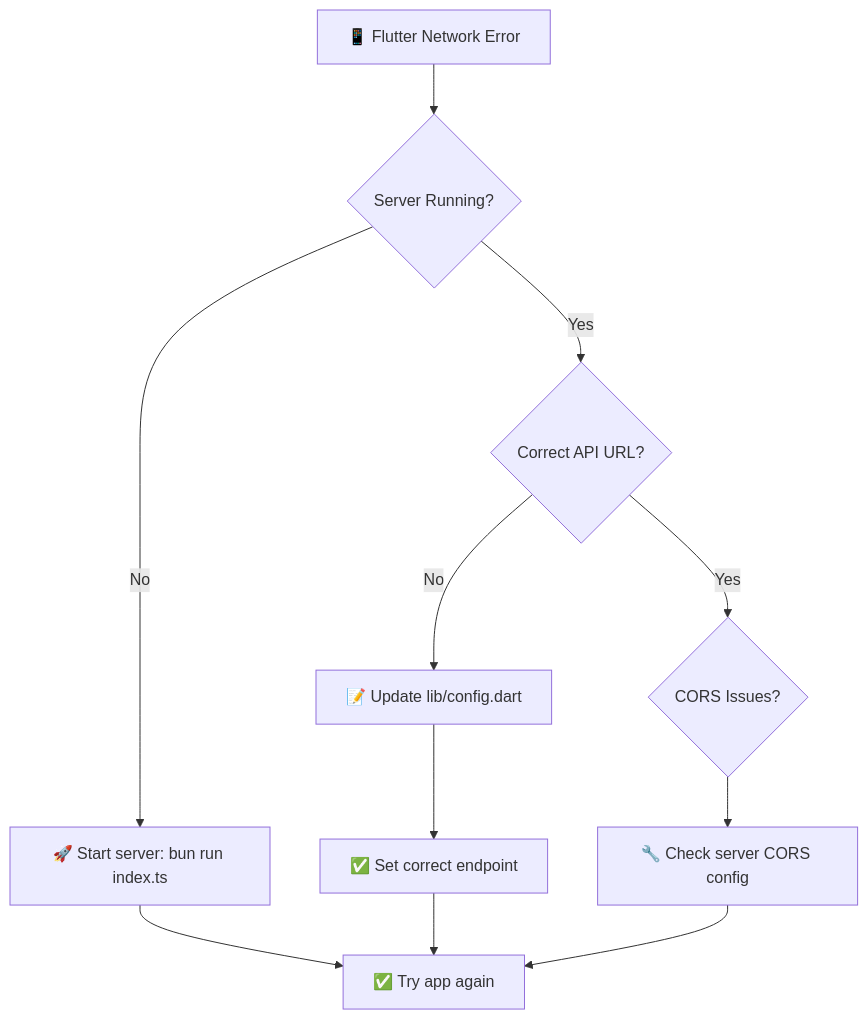
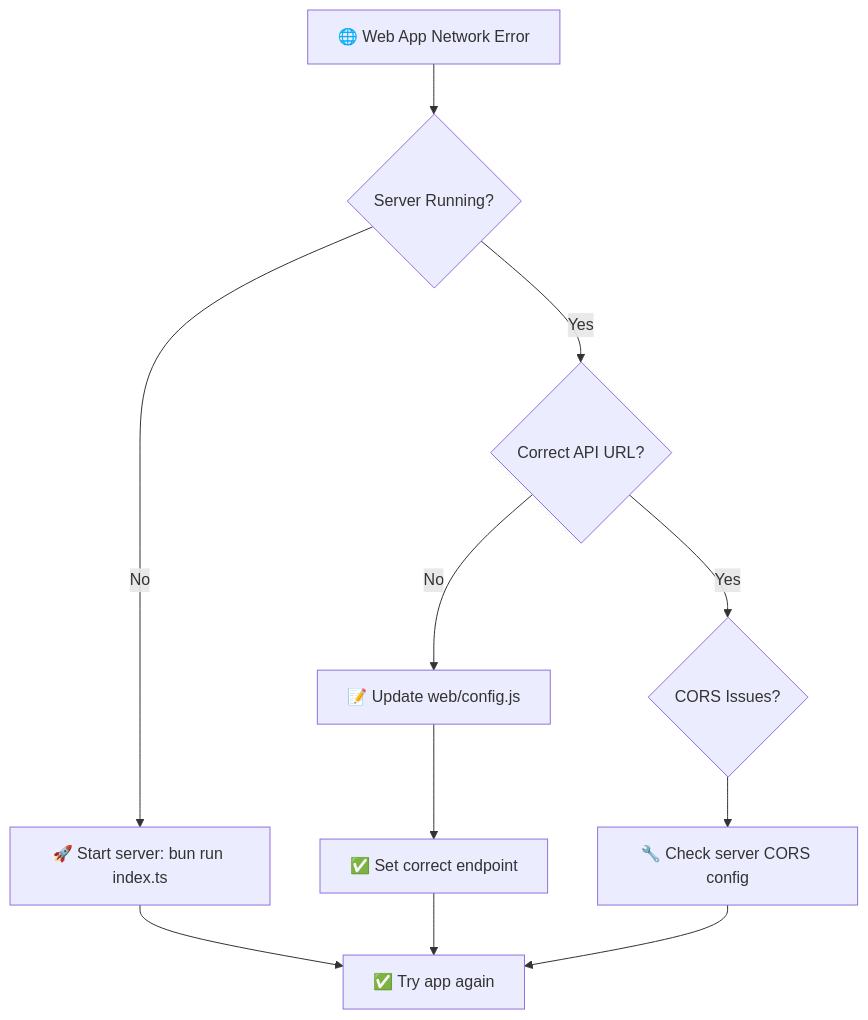
Before and after one commit to TheusHen/roommate: the fifth of 6 diagrams in docs/troubleshooting.md, drawn with Mermaid. The commit also changed other lines of this file and 8 other files, not shown here.

Commit message:
Update docs to reflect Flutter to web migration

````diff
--- a/docs/troubleshooting.md
+++ b/docs/troubleshooting.md
@@ -277,16 +278,16 @@
 ```mermaid
 flowchart TD
-    A[📱 Flutter Network Error] --> B{Server Running?}
+    A[🌐 Web App Network Error] --> B{Server Running?}
     B -->|No| C[🚀 Start server: bun run index.ts]
     B -->|Yes| D{Correct API URL?}
     
-    D -->|No| E[📝 Update lib/config.dart]
+    D -->|No| E[📝 Update web/config.js]
     D -->|Yes| F{CORS Issues?}
     
     E --> G[✅ Set correct endpoint]
     F --> H[🔧 Check server CORS config]
     
     C --> I[✅ Try app again]
     G --> I
     H --> I
 ```
````
